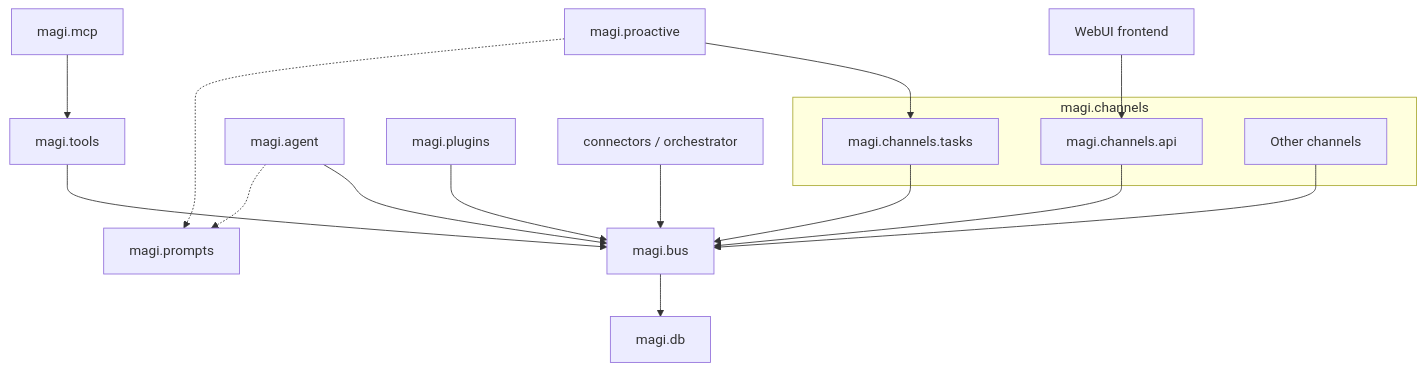
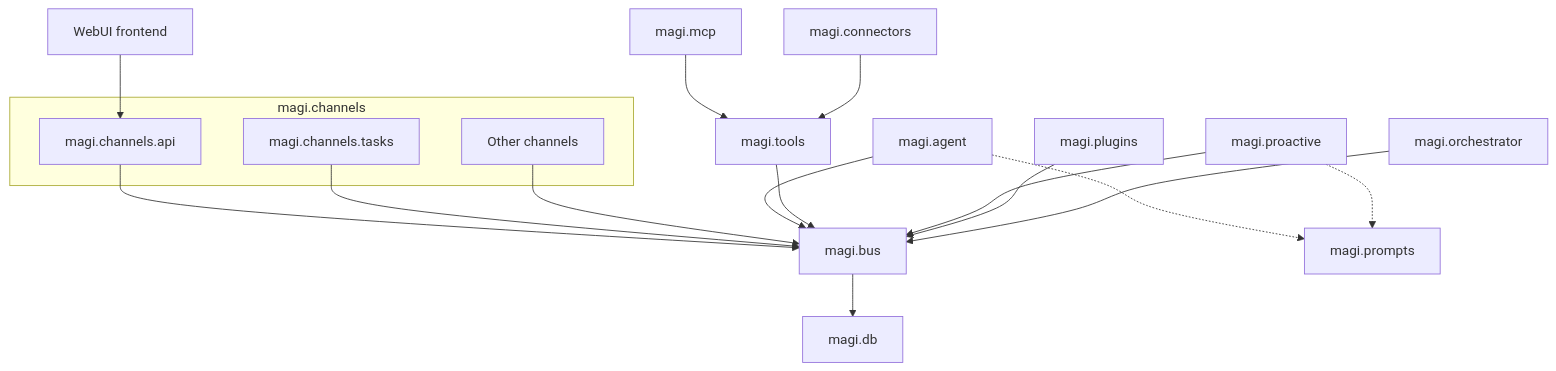
Before and after one commit to realTaki/MAGI: the diagram in docs/MAGI_BUS_CENTRIC_ARCHITECTURE.md, drawn with Mermaid. The commit also changed other lines of this file, not shown here.

Commit message:
docs: align BUS architecture module boundaries

````diff
--- a/docs/MAGI_BUS_CENTRIC_ARCHITECTURE.md
+++ b/docs/MAGI_BUS_CENTRIC_ARCHITECTURE.md
@@ -74,24 +74,25 @@
 ```mermaid
 flowchart TD
     WEB["WebUI frontend"] --> API["magi.channels.api"]
-    PRO["magi.proactive"] --> TASKS["magi.channels.tasks"]
     MCP["magi.mcp"] --> TOOLS["magi.tools"]
+    CONNECTORS["magi.connectors"] --> TOOLS
 
     subgraph CHANNELS["magi.channels"]
         API
-        TASKS
+        TASKS["magi.channels.tasks"]
         OTHER["Other channels"]
     end
 
     API --> BUS["magi.bus"]
     TASKS --> BUS
     OTHER --> BUS
     AGENT["magi.agent"] --> BUS
     TOOLS --> BUS
+    PRO["magi.proactive"] --> BUS
     PLUGINS["magi.plugins"] --> BUS
-    SUPPORT["connectors / orchestrator"] --> BUS
+    ORCH["magi.orchestrator"] --> BUS
     BUS --> DB["magi.db"]
 
     AGENT -.-> PROMPTS["magi.prompts"]
     PRO -.-> PROMPTS
 ```
````
